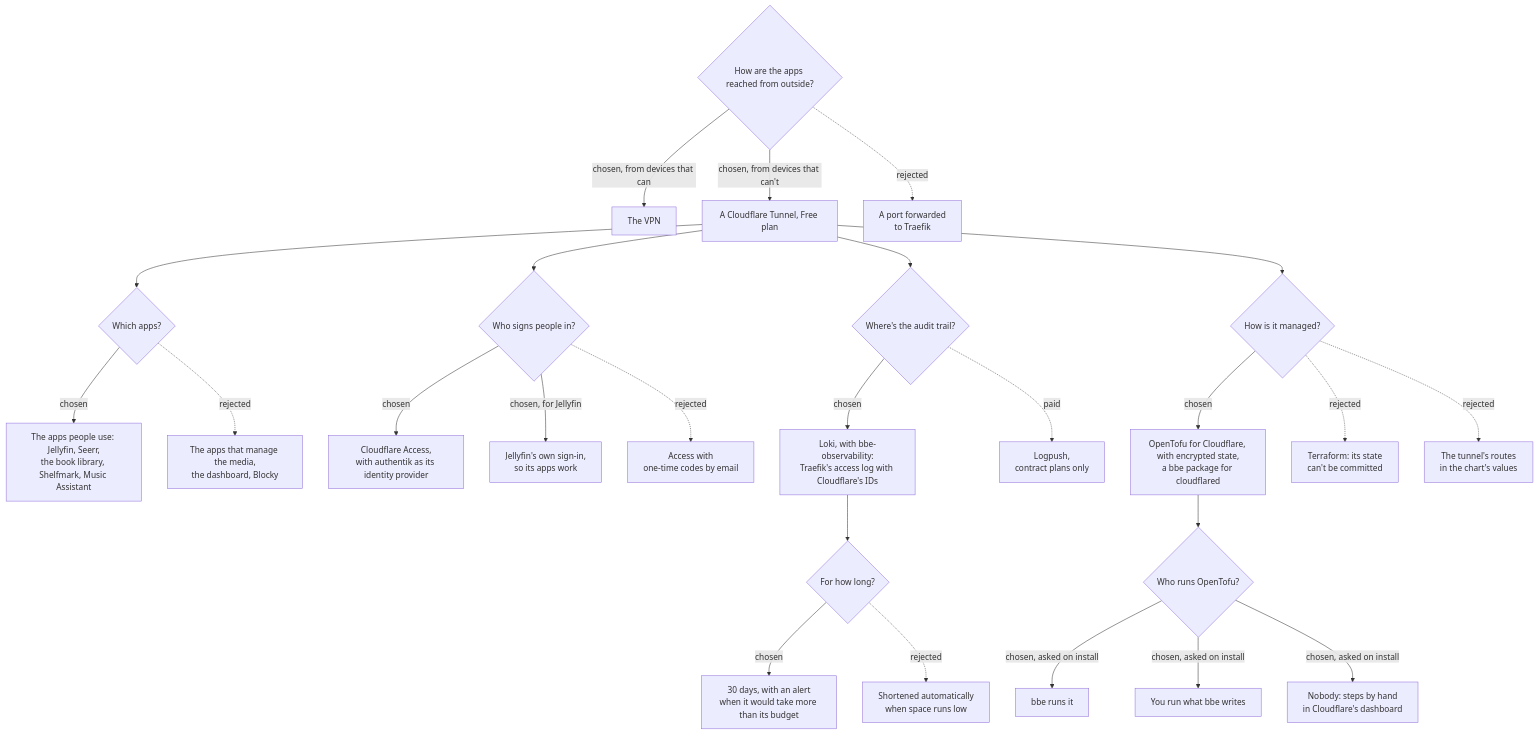
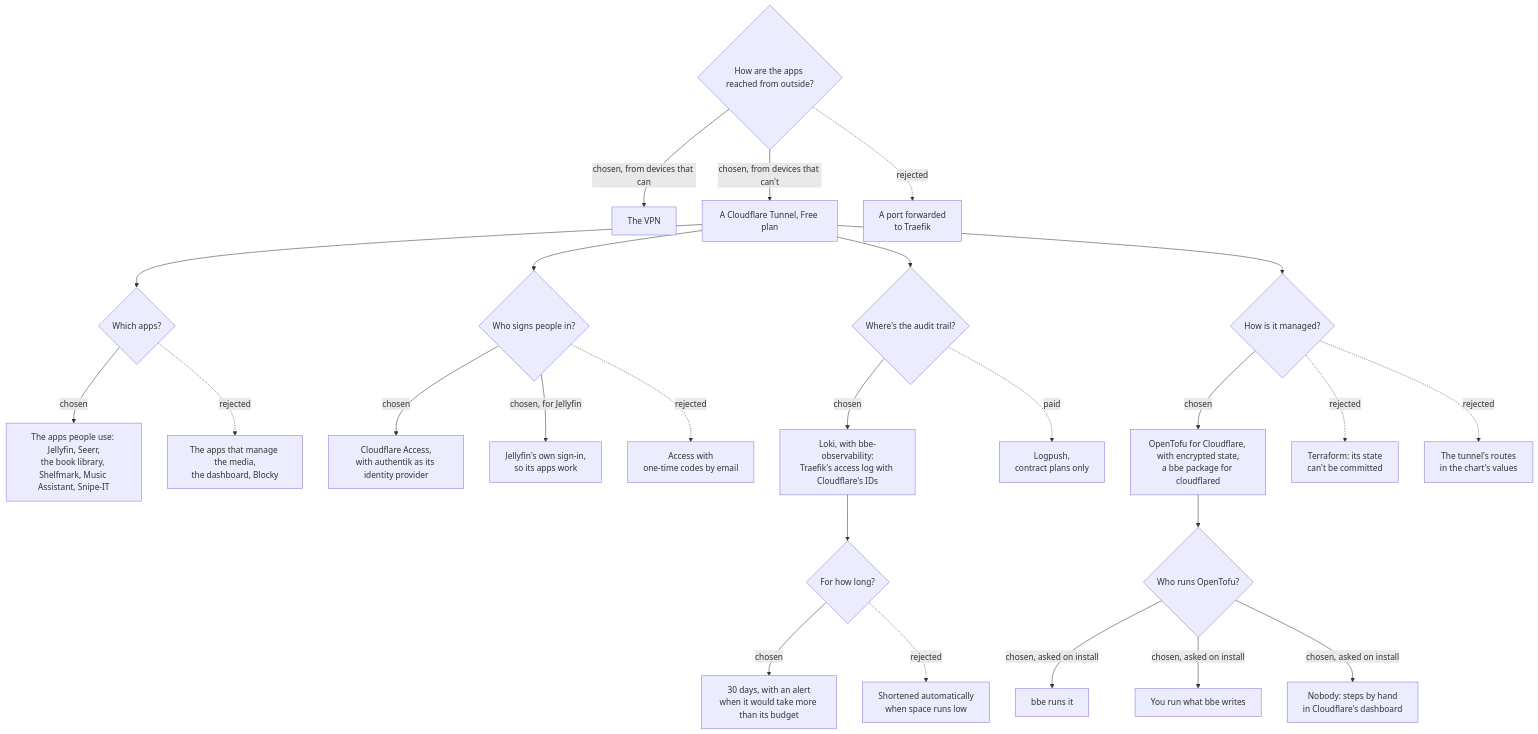
Before and after one commit to Brains-Beyond-Expectations/bbe-charts: the diagram in docs/decisions/0008-public-access-through-cloudflare.md, drawn with Mermaid. The commit also changed other lines of this file and 37 other files, not shown here.

````diff
--- a/docs/decisions/0008-public-access-through-cloudflare.md
+++ b/docs/decisions/0008-public-access-through-cloudflare.md
@@ -39,34 +39,34 @@
 ```mermaid
 flowchart TD
     Q1{How are the apps reached from outside?}
     Q1 -->|chosen, from devices that can| A1[The VPN]
     Q1 -->|chosen, from devices that can't| B1[A Cloudflare Tunnel, Free plan]
     Q1 -.->|rejected| C1[A port forwarded<br/>to Traefik]
 
     B1 --> Q2{Which apps?}
-    Q2 -->|chosen| A2[The apps people use: Jellyfin, Seerr,<br/>the book library, Shelfmark, Music Assistant]
+    Q2 -->|chosen| A2[The apps people use: Jellyfin, Seerr,<br/>the book library, Shelfmark, Music Assistant, Snipe-IT]
     Q2 -.->|rejected| B2[The apps that manage the media,<br/>the dashboard, Blocky]
 
     B1 --> Q3{Who signs people in?}
     Q3 -->|chosen| A3[Cloudflare Access,<br/>with authentik as its identity provider]
     Q3 -->|chosen, for Jellyfin| C3[Jellyfin's own sign-in,<br/>so its apps work]
     Q3 -.->|rejected| B3[Access with<br/>one-time codes by email]
 
     B1 --> Q4{Where's the audit trail?}
     Q4 -->|chosen| A4[Loki, with bbe-observability:<br/>Traefik's access log with Cloudflare's IDs]
     Q4 -.->|paid| B4[Logpush,<br/>contract plans only]
 
     A4 --> Q7{For how long?}
     Q7 -->|chosen| A7[30 days, with an alert<br/>when it would take more than its budget]
     Q7 -.->|rejected| B7[Shortened automatically<br/>when space runs low]
 
     B1 --> Q5{How is it managed?}
     Q5 -->|chosen| A5[OpenTofu for Cloudflare, with encrypted state,<br/>a bbe package for cloudflared]
     Q5 -.->|rejected| D5[Terraform: its state<br/>can't be committed]
     Q5 -.->|rejected| B5[The tunnel's routes<br/>in the chart's values]
 
     A5 --> Q6{Who runs OpenTofu?}
     Q6 -->|chosen, asked on install| A6[bbe runs it]
     Q6 -->|chosen, asked on install| B6[You run what bbe writes]
     Q6 -->|chosen, asked on install| C6[Nobody: steps by hand<br/>in Cloudflare's dashboard]
 ```
````
